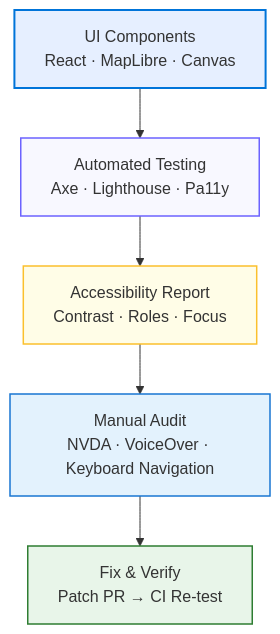
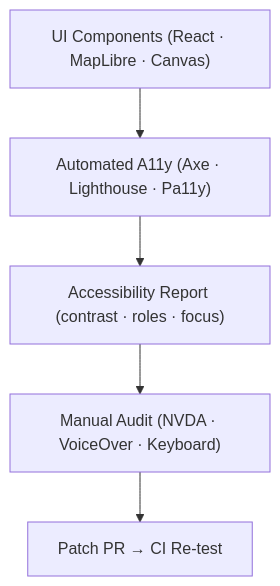
The second of 2 diagrams in docs/design/reviews/architecture/web_ui_architecture_review.md (bartytime4life/Kansas-Frontier-Matrix), drawn with Mermaid before and after one commit. The commit also changed other lines of this file, not shown here.

First line of the commit message:
Revise Web UI Architecture Review for v4.0.0

````diff
--- a/docs/design/reviews/architecture/web_ui_architecture_review.md
+++ b/docs/design/reviews/architecture/web_ui_architecture_review.md
@@ -120,15 +262,7 @@
 ```mermaid
 flowchart TD
-  A["UI Components\nReact · MapLibre · Canvas"] --> B["Automated Testing\nAxe · Lighthouse · Pa11y"]
-  B --> C["Accessibility Report\nContrast · Roles · Focus"]
-  C --> D["Manual Audit\nNVDA · VoiceOver · Keyboard Navigation"]
-  D --> E["Fix & Verify\nPatch PR → CI Re-test"]
-
-  style A fill:#E6EFFF,stroke:#0074D9,stroke-width:2px
-  style B fill:#F8F8FF,stroke:#6C63FF,stroke-width:1.5px
-  style C fill:#FFFDE7,stroke:#FBC02D,stroke-width:1.5px
-  style D fill:#E3F2FD,stroke:#1976D2,stroke-width:1.5px
-  style E fill:#E8F5E9,stroke:#2E7D32,stroke-width:1.5px
-
-  %% END OF MERMAID
+  A["UI Components (React · MapLibre · Canvas)"] --> B["Automated A11y (Axe · Lighthouse · Pa11y)"]
+  B --> C["Accessibility Report (contrast · roles · focus)"]
+  C --> D["Manual Audit (NVDA · VoiceOver · Keyboard)"]
+  D --> E["Patch PR → CI Re-test"]
 ```
````
